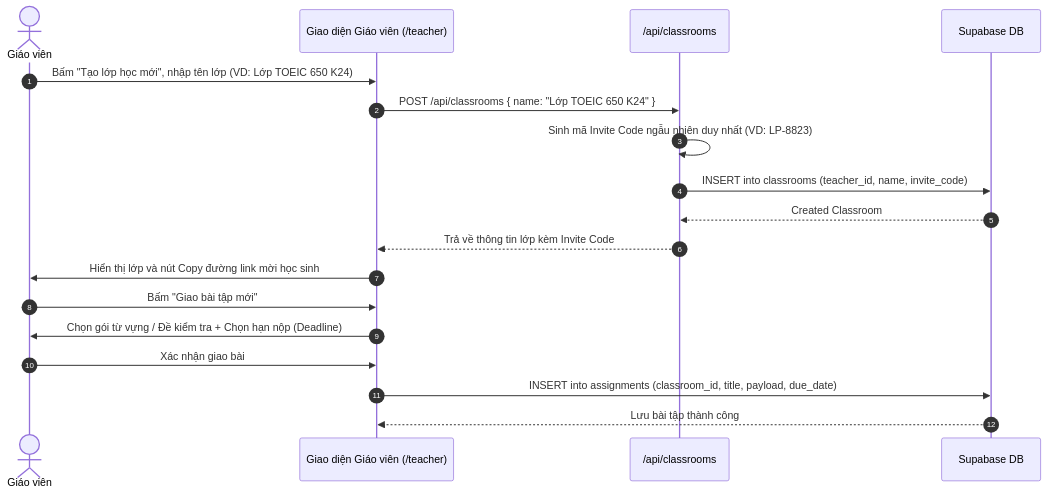
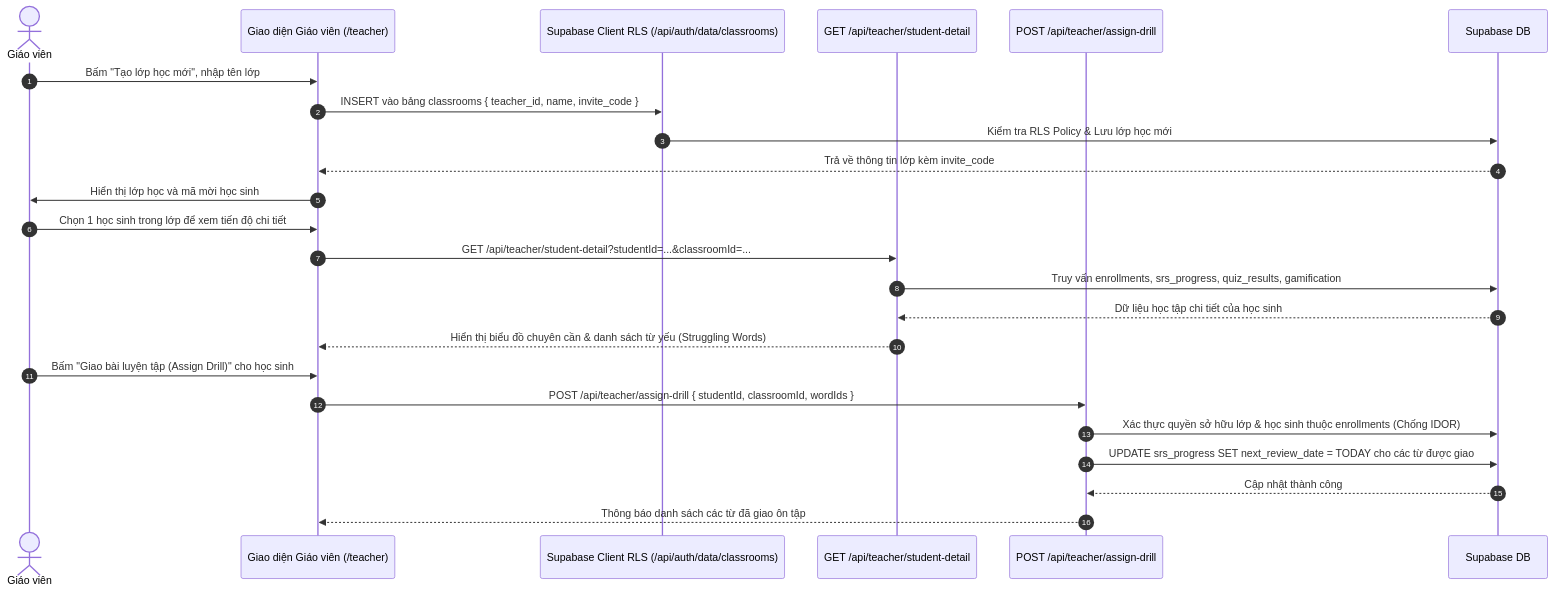
The second of 3 diagrams in agent/docs/SRS_06_TEACHER_CLASSROOM.md (FengProfessor/Vocab), drawn with Mermaid before and after one commit. The commit also changed other lines of this file and 15 other files, not shown here.

Commit message:
docs(srs): complete 15 full-project SRS use cases and flow limitation audit

````diff
--- a/agent/docs/SRS_06_TEACHER_CLASSROOM.md
+++ b/agent/docs/SRS_06_TEACHER_CLASSROOM.md
@@ -74,22 +71,29 @@
 ```mermaid
 sequenceDiagram
     autonumber
     actor Teacher as Giáo viên
     participant UI as Giao diện Giáo viên (/teacher)
-    participant API as /api/classrooms
+    participant Proxy as Supabase Client RLS (/api/auth/data/classrooms)
+    participant DetailAPI as GET /api/teacher/student-detail
+    participant DrillAPI as POST /api/teacher/assign-drill
     participant DB as Supabase DB
 
-    Teacher->>UI: Bấm "Tạo lớp học mới", nhập tên lớp (VD: Lớp TOEIC 650 K24)
-    UI->>API: POST /api/classrooms { name: "Lớp TOEIC 650 K24" }
-    API->>API: Sinh mã Invite Code ngẫu nhiên duy nhất (VD: LP-8823)
-    API->>DB: INSERT into classrooms (teacher_id, name, invite_code)
-    DB-->>API: Created Classroom
-    API-->>UI: Trả về thông tin lớp kèm Invite Code
-    UI->>Teacher: Hiển thị lớp và nút Copy đường link mời học sinh
+    Teacher->>UI: Bấm "Tạo lớp học mới", nhập tên lớp
+    UI->>Proxy: INSERT vào bảng classrooms { teacher_id, name, invite_code }
+    Proxy->>DB: Kiểm tra RLS Policy & Lưu lớp học mới
+    DB-->>UI: Trả về thông tin lớp kèm invite_code
+    UI->>Teacher: Hiển thị lớp học và mã mời học sinh
     
-    Teacher->>UI: Bấm "Giao bài tập mới"
-    UI->>Teacher: Chọn gói từ vựng / Đề kiểm tra + Chọn hạn nộp (Deadline)
-    Teacher->>UI: Xác nhận giao bài
-    UI->>DB: INSERT into assignments (classroom_id, title, payload, due_date)
-    DB-->>UI: Lưu bài tập thành công
+    Teacher->>UI: Chọn 1 học sinh trong lớp để xem tiến độ chi tiết
+    UI->>DetailAPI: GET /api/teacher/student-detail?studentId=...&classroomId=...
+    DetailAPI->>DB: Truy vấn enrollments, srs_progress, quiz_results, gamification
+    DB-->>DetailAPI: Dữ liệu học tập chi tiết của học sinh
+    DetailAPI-->>UI: Hiển thị biểu đồ chuyên cần & danh sách từ yếu (Struggling Words)
+    
+    Teacher->>UI: Bấm "Giao bài luyện tập (Assign Drill)" cho học sinh
+    UI->>DrillAPI: POST /api/teacher/assign-drill { studentId, classroomId, wordIds }
+    DrillAPI->>DB: Xác thực quyền sở hữu lớp & học sinh thuộc enrollments (Chống IDOR)
+    DrillAPI->>DB: UPDATE srs_progress SET next_review_date = TODAY cho các từ được giao
+    DB-->>DrillAPI: Cập nhật thành công
+    DrillAPI-->>UI: Thông báo danh sách các từ đã giao ôn tập
 ```
````
